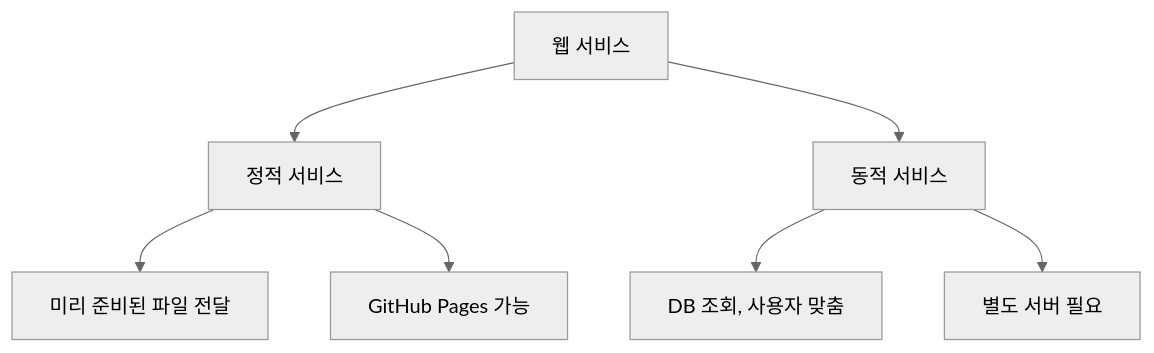
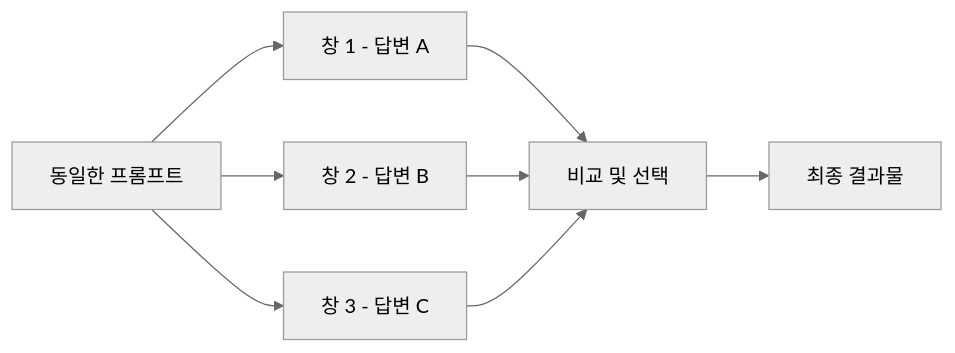
One commit to nugurejeil/weniVooks changed the fifth of 5 diagrams in _md/essentials-vibecoding/chapter03/03-2.md. Above: the diagram before and after it, drawn with Mermaid (neutral theme). The commit also changed other lines of this file and 49 other files, not shown here.

````diff
--- a/_md/essentials-vibecoding/chapter03/03-2.md
+++ b/_md/essentials-vibecoding/chapter03/03-2.md
@@ -11,9 +211,10 @@
 ```mermaid
-flowchart TD
-    A["웹 서비스"] --> B["정적 서비스"]
-    A --> C["동적 서비스"]
-    B --> B1["미리 준비된 파일 전달"]
-    B --> B2["GitHub Pages 가능"]
-    C --> C1["DB 조회, 사용자 맞춤"]
-    C --> C2["별도 서버 필요"]
+flowchart LR
+    A["동일한 프롬프트"] --> B["창 1 - 답변 A"]
+    A --> C["창 2 - 답변 B"]
+    A --> D["창 3 - 답변 C"]
+    B --> E["비교 및 선택"]
+    C --> E
+    D --> E
+    E --> F["최종 결과물"]
 ```
````
